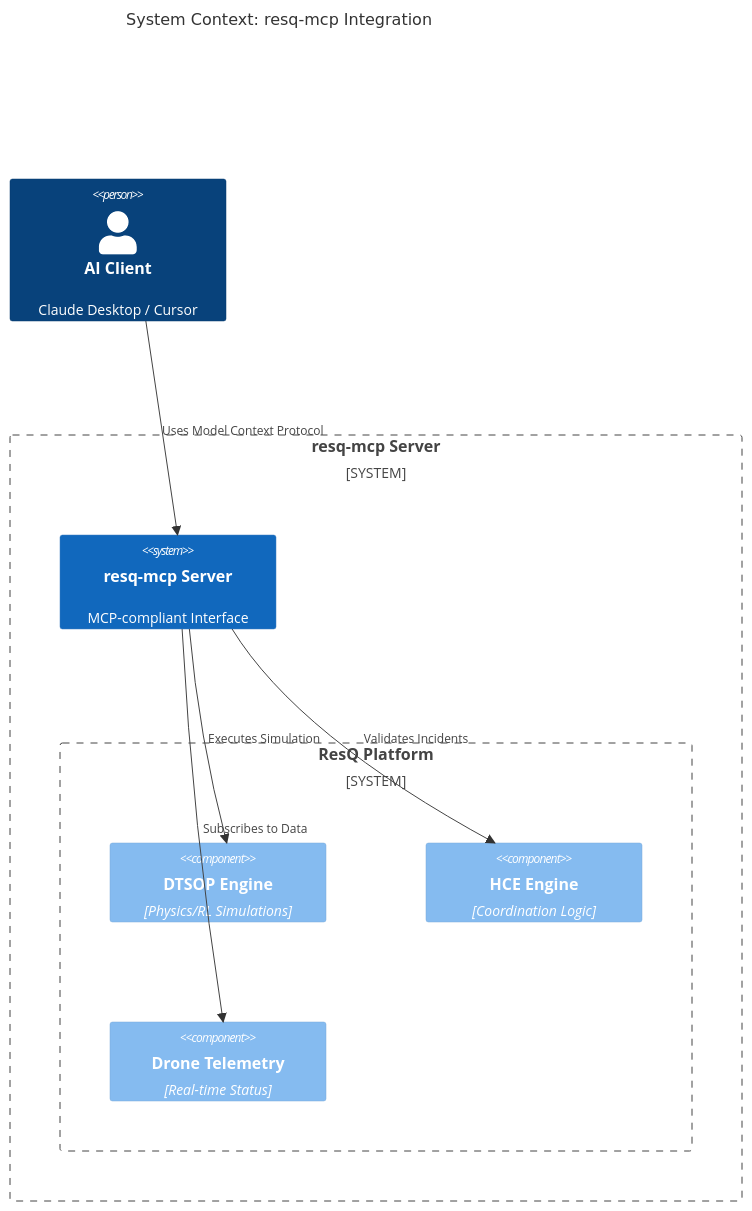
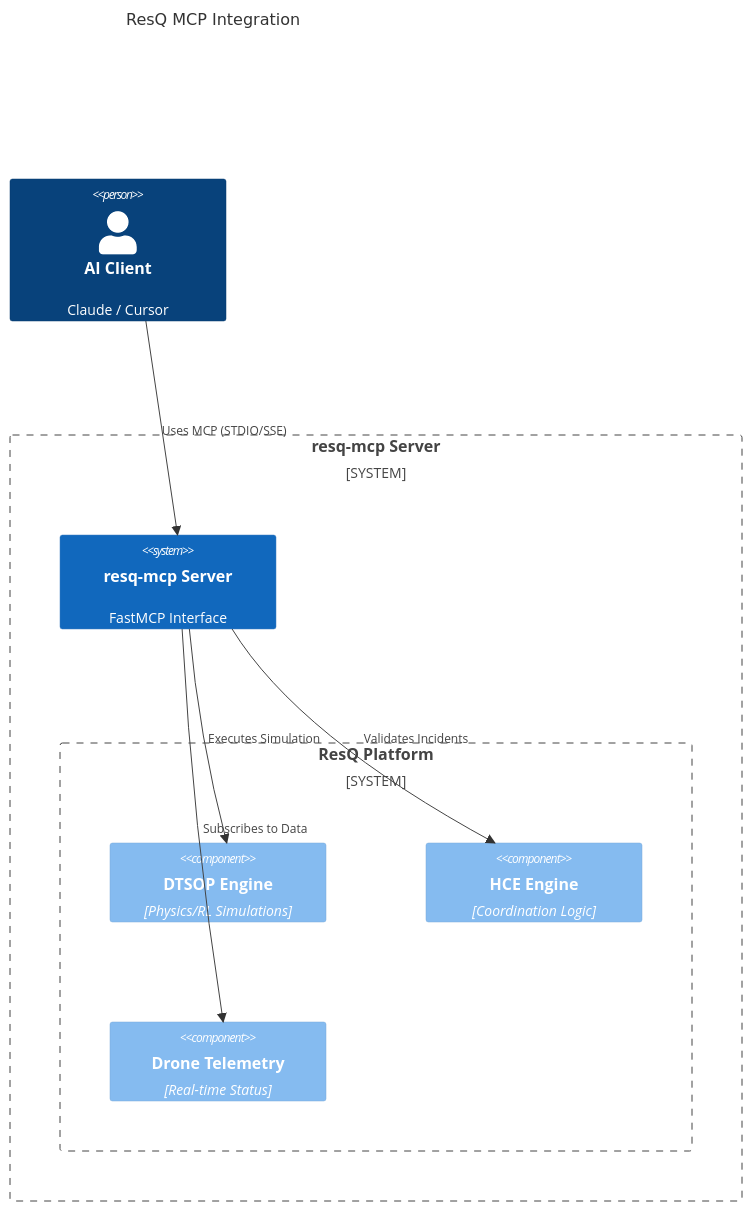
The diagram in README.md (resq-software/pypi), drawn with Mermaid before and after one commit. The commit also changed other lines of this file and 10 other files, not shown here.

````diff
--- a/README.md
+++ b/README.md
@@ -30,19 +58,17 @@
 ```mermaid
 C4Context
-    title System Context: resq-mcp Integration
-
-    Person(ai, "AI Client", "Claude Desktop / Cursor")
+    title ResQ MCP Integration
+    Person(ai, "AI Client", "Claude / Cursor")
     System_Boundary(resq_boundary, "resq-mcp Server") {
-        System(server, "resq-mcp Server", "MCP-compliant Interface")
+        System(server, "resq-mcp Server", "FastMCP Interface")
         System_Boundary(backend, "ResQ Platform") {
             Component(dtsop, "DTSOP Engine", "Physics/RL Simulations")
             Component(hce, "HCE Engine", "Coordination Logic")
             Component(telemetry, "Drone Telemetry", "Real-time Status")
         }
     }
-
-    Rel(ai, server, "Uses Model Context Protocol")
+    Rel(ai, server, "Uses MCP (STDIO/SSE)")
     Rel(server, dtsop, "Executes Simulation")
     Rel(server, hce, "Validates Incidents")
     Rel(server, telemetry, "Subscribes to Data")
 ```
````
